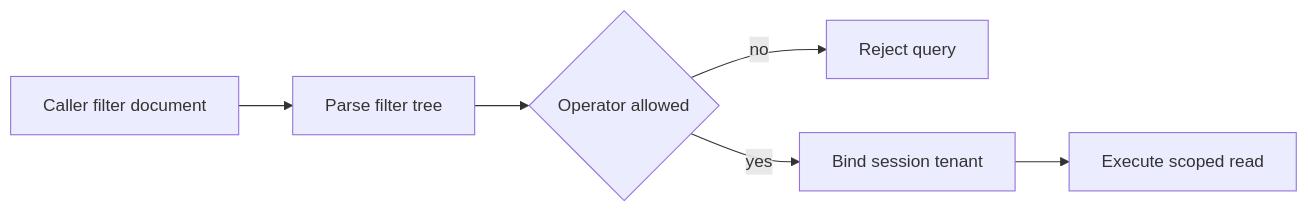
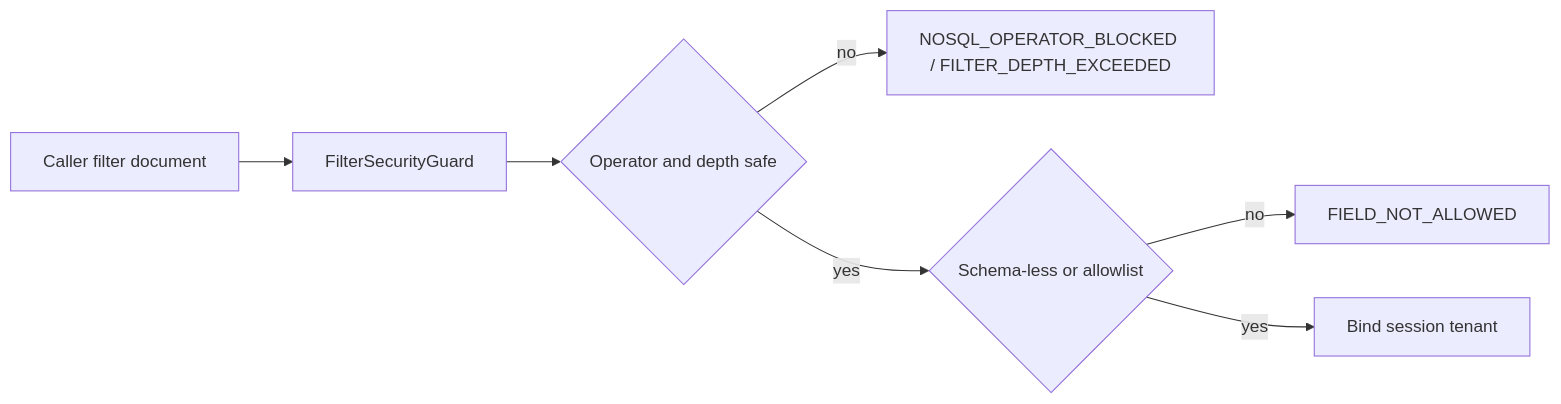
The second of 6 diagrams in README.md (JMartynov/verityredteam-free), drawn with Mermaid before and after one commit. The commit also changed other lines of this file and 3 other files, not shown here.

````diff
--- a/README.md
+++ b/README.md
@@ -701,8 +716,9 @@
 ```mermaid
 flowchart LR
-    DOC[Caller filter document] --> PARSE[Parse filter tree]
-    PARSE --> OPS{Operator allowed}
-    OPS -- no --> REJECT[Reject query]
-    OPS -- yes --> TENANT[Bind session tenant]
-    TENANT --> RUN[Execute scoped read]
+    DOC[Caller filter document] --> PARSE[FilterSecurityGuard]
+    PARSE --> OPS{Operator and depth safe}
+    OPS -- no --> REJECT[NOSQL_OPERATOR_BLOCKED / FILTER_DEPTH_EXCEEDED]
+    OPS -- yes --> FIELDS{Schema-less or allowlist}
+    FIELDS -- no --> REJECT_F[FIELD_NOT_ALLOWED]
+    FIELDS -- yes --> TENANT[Bind session tenant]
 ```
````
